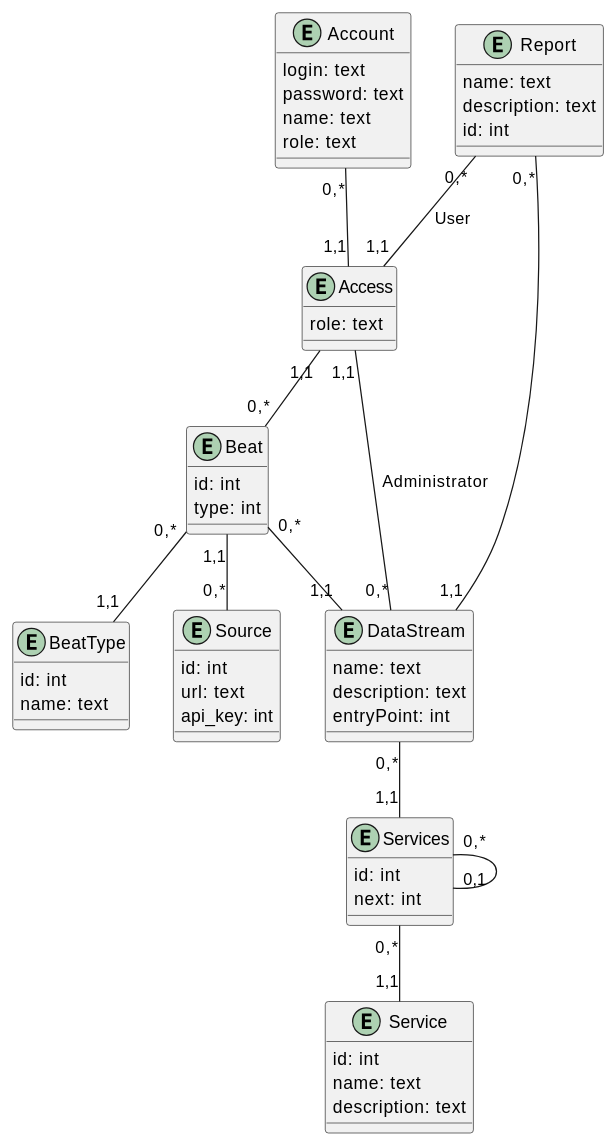
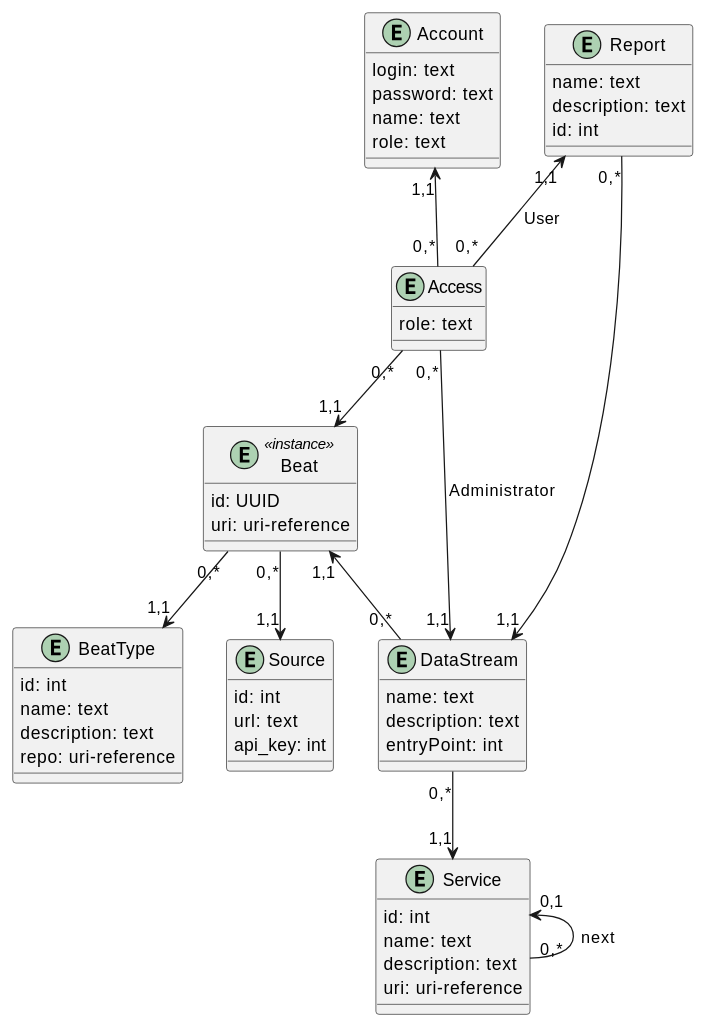
The second of 2 diagrams in docs/design/README.md (ukioxz/media-content-analyzing-system), drawn with PlantUML before and after one commit. The commit also changed other lines of this file and 4 other files, not shown here.

```diff
--- a/docs/design/README.md
+++ b/docs/design/README.md
@@ -41,63 +41,61 @@
 @startuml
-entity Beat {
-id: int
-type: int
+entity Beat <<instance>> {
+id: UUID
+uri: uri-reference
 }
 
 entity BeatType {
 id: int
 name: text
+description: text
+repo: uri-reference
 }
 
 entity Source {
 id: int
 url: text
 api_key: int
 }
 
 entity DataStream {
 name: text
 description: text
 entryPoint: int
 }
 
 entity Report {
 name: text
 description: text
 id: int
 }
 
-entity Services {
-id: int
-next: int
-}
-
 entity Service {
 id: int
 name: text
 description: text
+uri: uri-reference
 }
+
 
 entity Account {
 login: text
 password: text
 name: text
 role: text
 }
 
 entity Access {
 role: text
 }
 
-Account "0,*" -- "1,1" Access
-Access "1,1"-- "0,*" Beat
-Access "1,1" -u-  "0,*" DataStream : Administrator
-Access "1,1" -u- "0,*" Report : User
-Beat "1,1" -- "0,*" Source 
-Beat "0,*" -- "1,1" DataStream
-DataStream "1,1" -- "0,*" Report
-DataStream "0,*" -- "1,1" Services
-Services "0,*" -- "1,1" Service
-Services "0,*"-- "0,1" Services
-Beat "0,*" -- "1,1" BeatType
+Account  "1,1"<-- "0,*" Access
+Access "0,*" -->  "1,1"Beat
+Access "0,*" -u->   "1,1" DataStream : Administrator
+Access "0,*" -u-> "1,1" Report : User
+Beat "0,*"  --> "1,1"Source 
+Beat "1,1" <--  "0,*" DataStream
+DataStream  "1,1" <--  "0,*" Report
+DataStream "0,*" --> "1,1" Service
+Service "0,1" <-- "0,*" Service: next
+Beat "0,*" --> "1,1" BeatType
 @enduml
```
